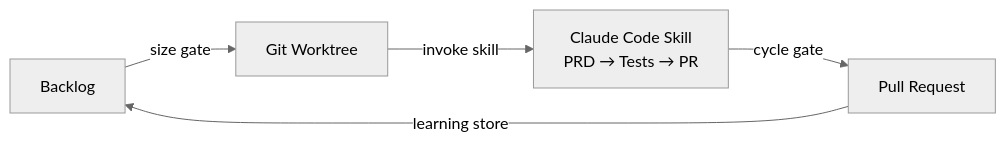
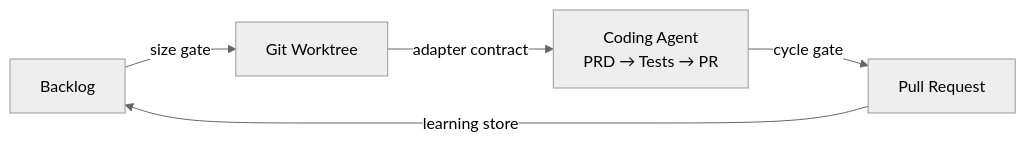
The diagram in README.md (Viniciuscarvalho/monozukuri), drawn with Mermaid (neutral theme) before and after one commit. The commit also changed other lines of this file and 1 other file, not shown here.

````diff
--- a/README.md
+++ b/README.md
@@ -76,7 +98,7 @@
 ```mermaid
 flowchart LR
   B[Backlog] -->|size gate| W[Git Worktree]
-  W -->|invoke skill| S["Claude Code Skill<br/>PRD → Tests → PR"]
+  W -->|adapter contract| S["Coding Agent<br/>PRD → Tests → PR"]
   S -->|cycle gate| PR[Pull Request]
   PR -->|learning store| B
 ```
````
